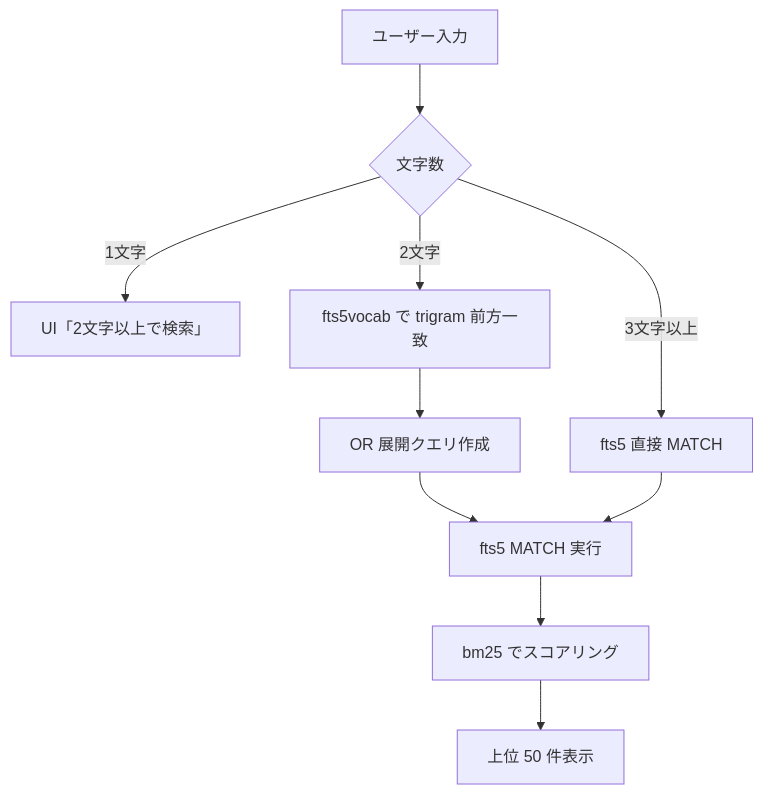
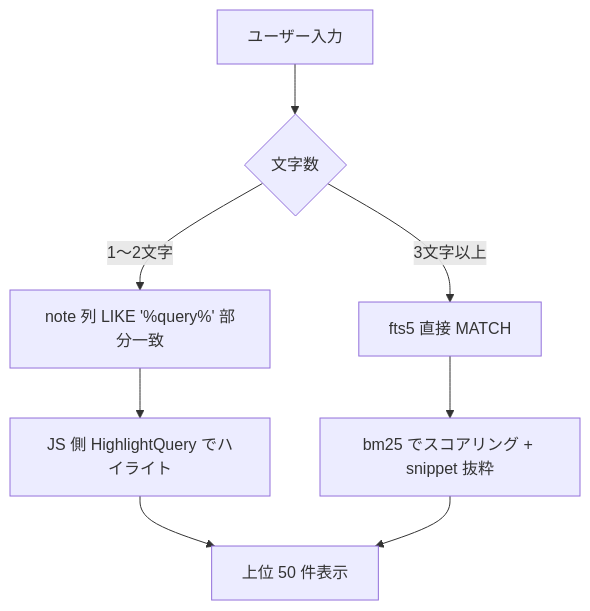
The seventh of 18 diagrams in docs/reference/functional_spec.md (doooooraku/BonsaiLog), drawn with Mermaid before and after one commit. The commit also changed other lines of this file and 3 other files, not shown here.

First line of the commit message:
feat(search): メモ検索を 1〜2字=LIKE / 3字+=trigram のハイブリッド化 (改善③)

````diff
--- a/docs/reference/functional_spec.md
+++ b/docs/reference/functional_spec.md
@@ -1263,12 +1265,10 @@
 ```mermaid
 flowchart TD
   Input[ユーザー入力] --> Length{文字数}
-  Length -- 1文字 --> Too_short[UI「2文字以上で検索」]
-  Length -- 2文字 --> Vocab[fts5vocab で trigram 前方一致]
+  Length -- 1〜2文字 --> LikeFallback[note 列 LIKE '%query%' 部分一致]
   Length -- 3文字以上 --> DirectFTS[fts5 直接 MATCH]
-  Vocab --> Expand[OR 展開クエリ作成]
-  Expand --> FTS[fts5 MATCH 実行]
-  DirectFTS --> FTS
-  FTS --> Rank[bm25 でスコアリング]
-  Rank --> Display[上位 50 件表示]
+  LikeFallback --> JSHighlight[JS 側 HighlightQuery でハイライト]
+  DirectFTS --> Rank[bm25 でスコアリング + snippet 抜粋]
+  JSHighlight --> Display[上位 50 件表示]
+  Rank --> Display
 ```
````
